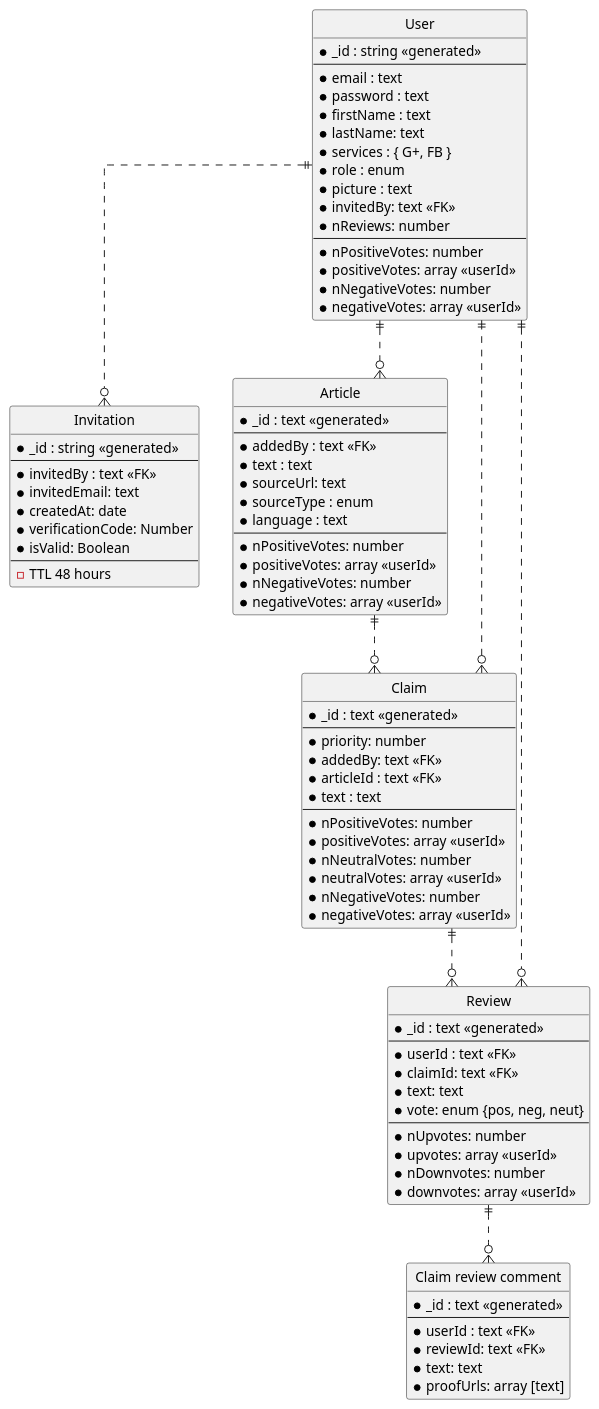
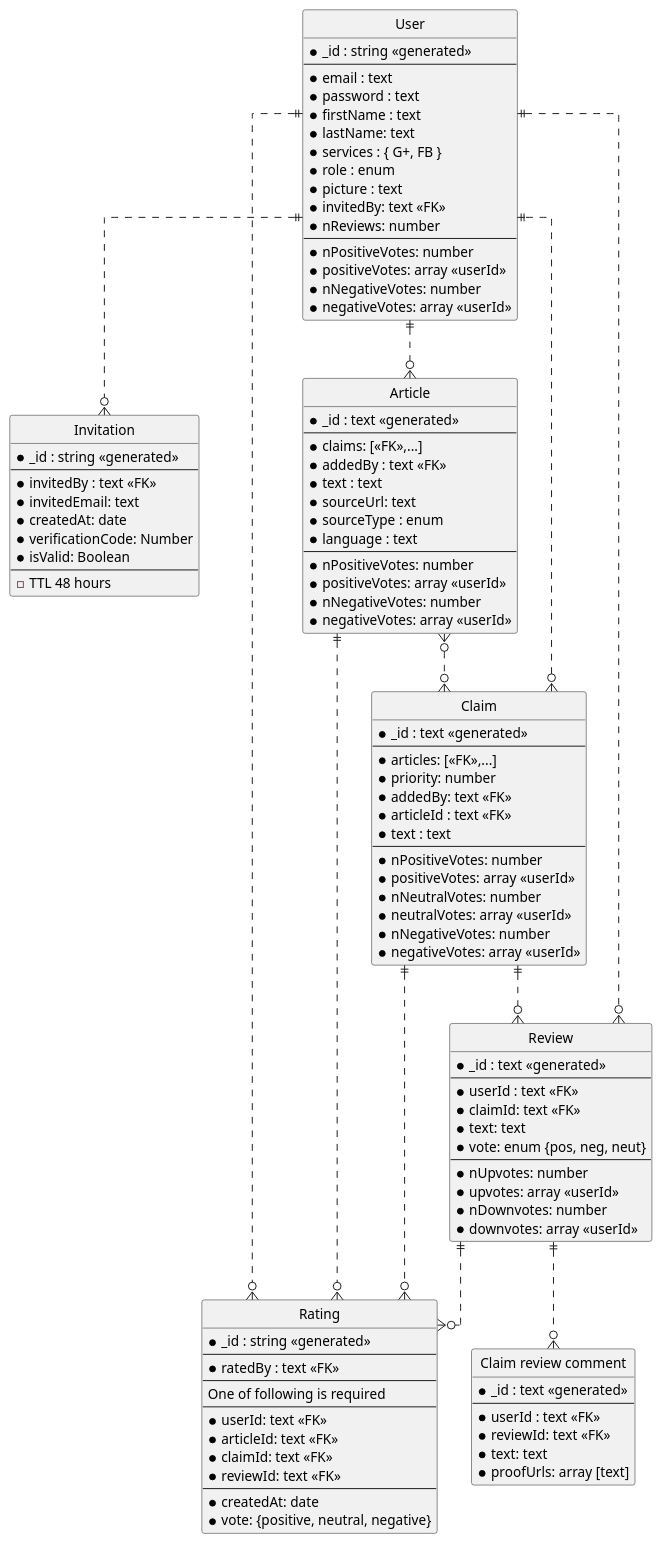
Before and after one commit to aic-factcheck/fact_checking_be: the diagram in sys_docs/entity_relations.puml, drawn with PlantUML. The commit also changed 10 other files, not shown here.

Commit message:
added many-to-many articles to claims

```diff
--- a/sys_docs/entity_relations.puml
+++ b/sys_docs/entity_relations.puml
@@ -1,100 +1,122 @@
 @startuml
 ' hide the spot
 hide circle
 
 ' avoid problems with angled crows feet
 skinparam linetype ortho
 
 entity "User" as user {
   *_id : string <<generated>>
   --
   *email : text
   *password : text
   *firstName : text
   *lastName: text
   *services : { G+, FB }
   *role : enum
   *picture : text
   *invitedBy: text <<FK>>
   *nReviews: number
   --
   *nPositiveVotes: number
   *positiveVotes: array <<userId>>
   *nNegativeVotes: number
   *negativeVotes: array <<userId>>
 }
 
 entity "Invitation" as inv {
   *_id : string <<generated>>
   --
   *invitedBy : text <<FK>>
   *invitedEmail: text
   *createdAt: date
   *verificationCode: Number
   *isValid: Boolean
   --
   - TTL 48 hours
 }
 
+entity "Rating" as rating {
+  *_id : string <<generated>>
+  --
+  *ratedBy : text <<FK>>
+  --
+  One of following is required
+  --
+  *userId: text <<FK>>
+  *articleId: text <<FK>>
+  *claimId: text <<FK>>
+  *reviewId: text <<FK>>
+  --
+  *createdAt: date
+  *vote: {positive, neutral, negative}
+}
+
 entity "Article" as article {
   *_id : text <<generated>>
   --
+  *claims: [<<FK>>,...]
   *addedBy : text <<FK>>
   *text : text
   *sourceUrl: text
   *sourceType : enum
   *language : text
   --
   *nPositiveVotes: number
   *positiveVotes: array <<userId>>
   *nNegativeVotes: number
   *negativeVotes: array <<userId>>
 }
 
 entity "Claim" as claim {
   *_id : text <<generated>>
   --
+  *articles: [<<FK>>,...]
   *priority: number
   *addedBy: text <<FK>>
   *articleId : text <<FK>>
   *text : text
   --
   *nPositiveVotes: number
   *positiveVotes: array <<userId>>
   *nNeutralVotes: number
   *neutralVotes: array <<userId>>
   *nNegativeVotes: number
   *negativeVotes: array <<userId>>
 }
 
 entity "Review" as review {
   *_id : text <<generated>>
   --
   *userId : text <<FK>>
   *claimId: text <<FK>>
   *text: text
   *vote: enum {pos, neg, neut}
   --
   *nUpvotes: number
   *upvotes: array <<userId>>
   *nDownvotes: number
   *downvotes: array <<userId>>
 }
 
 entity "Claim review comment" as claimReviewComment {
   *_id : text <<generated>>
   --
   *userId : text <<FK>>
   *reviewId: text <<FK>>
   *text: text
   *proofUrls: array [text] 
 }
 
 user ||..o{ article
 user ||..o{ inv
-article ||..o{ claim
+article }o..o{ claim
+article ||..o{ rating
 user ||..o{ review
+user ||..o{ rating
 claim ||..o{ review
 claim }o..|| user
+claim ||..o{ rating
 review ||..o{ claimReviewComment
+review ||..o{ rating
 @enduml
```
